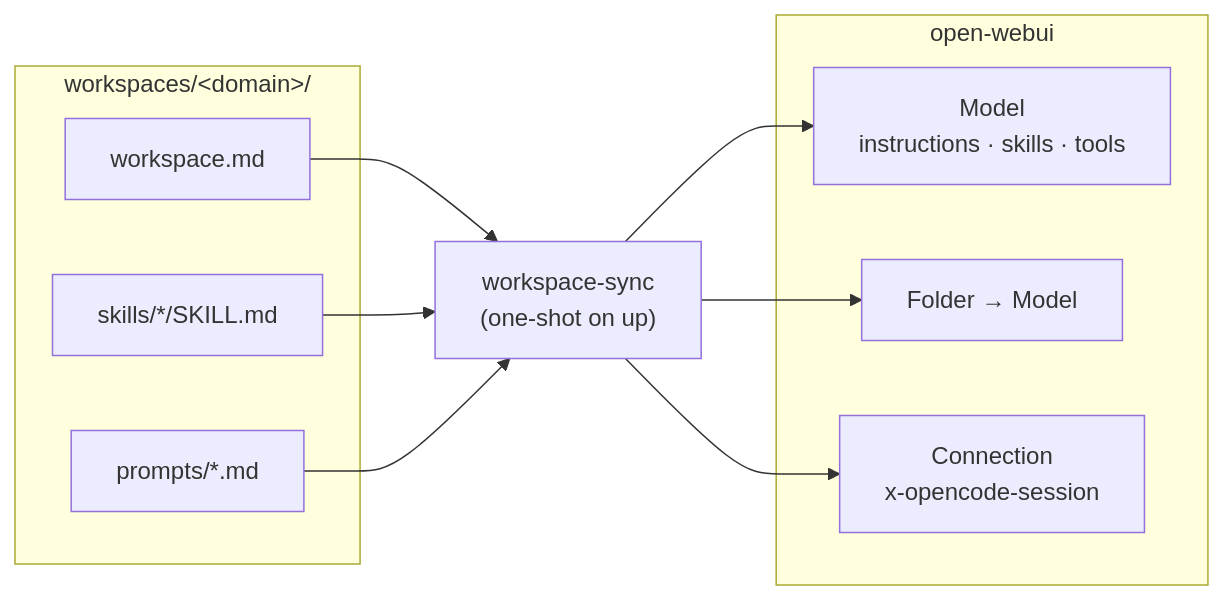
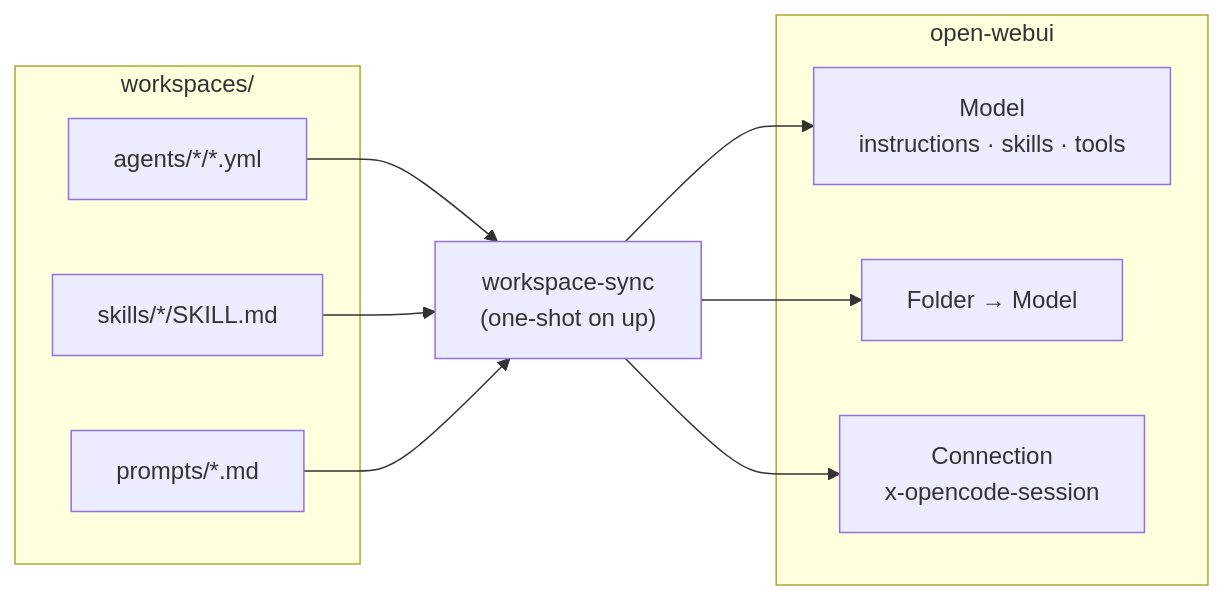
The second of 2 diagrams in README.md (federicoibba/opencode-agent-gateway), drawn with Mermaid before and after one commit. The commit also changed other lines of this file and 26 other files, not shown here.

First line of the commit message:
feat: define workspaces as YAML agents with shared skills and extends

````diff
--- a/README.md
+++ b/README.md
@@ -60,23 +60,23 @@
 ```mermaid
 flowchart LR
-  subgraph REPO["workspaces/&lt;domain&gt;/"]
-    W["workspace.md"]
+  subgraph REPO["workspaces/"]
+    AG["agents/*/*.yml"]
     SK["skills/*/SKILL.md"]
     PR["prompts/*.md"]
   end
 
   SYNC["workspace-sync<br/>(one-shot on up)"]
 
   subgraph OW["open-webui"]
     MODEL["Model<br/>instructions · skills · tools"]
     FOLDER["Folder → Model"]
     CONN["Connection<br/>x-opencode-session"]
   end
 
-  W --> SYNC
+  AG --> SYNC
   SK --> SYNC
   PR --> SYNC
   SYNC --> MODEL
   SYNC --> FOLDER
   SYNC --> CONN
 ```
````
